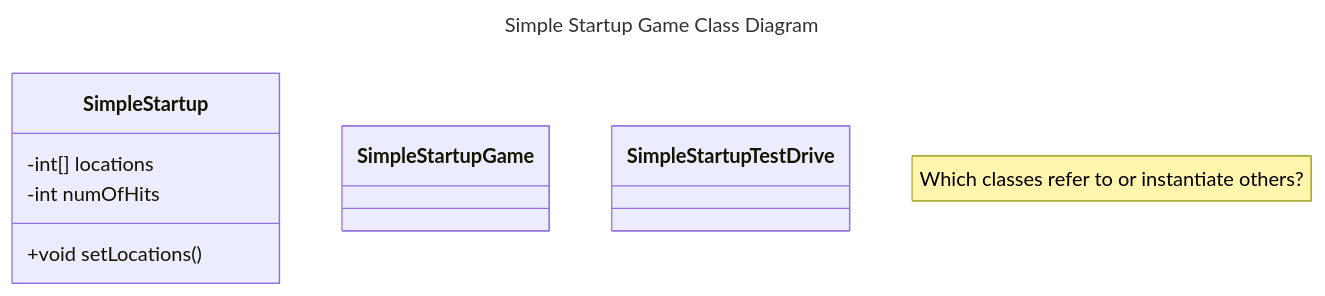
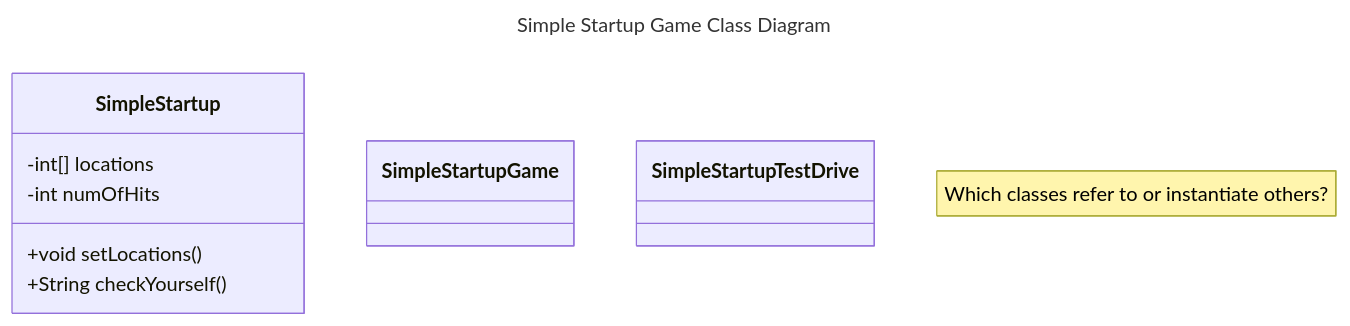
Before and after one commit to TheEvergreenStateCollege/dgp-25au: the diagram in notes/Week-09-a.md, drawn with Mermaid.

````diff
--- a/notes/Week-09-a.md
+++ b/notes/Week-09-a.md
@@ -19,21 +19,21 @@
 ```mermaid
 ---
 title: Simple Startup Game Class Diagram
 ---
 classDiagram
     note "Which classes refer to or instantiate others?"
     %% SimpleStartup <-- SimpleStartupGame
     %% SimpleStartup <-- SimpleStartupTestDrive
     SimpleStartup : -int[] locations
     SimpleStartup : -int numOfHits
     SimpleStartup : +void setLocations()
-    %% SimpleStartup : +String checkYourself()
+    SimpleStartup : +String checkYourself()
     class SimpleStartup{
     }
     class SimpleStartupGame{
     %%  +void main()
     }
     class SimpleStartupTestDrive{
     %%  + void main()
     }
 ```
````
